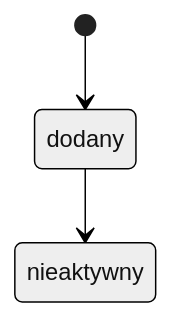
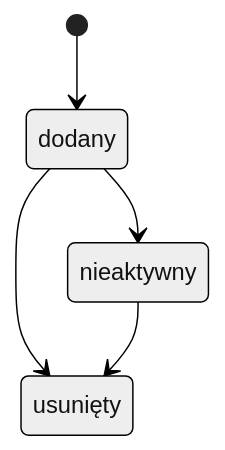
The fourth of 7 diagrams in requirements/02-domain/ENTITIES.md (SyBeer/fv-manager), drawn with Mermaid (neutral theme) before and after one commit. The commit also changed other lines of this file and 13 other files, not shown here.

````diff
--- a/requirements/02-domain/ENTITIES.md
+++ b/requirements/02-domain/ENTITIES.md
@@ -58,5 +58,7 @@
 ```mermaid
 stateDiagram-v2
   [*] --> dodany
   dodany --> nieaktywny
+  dodany --> usunięty
+  nieaktywny --> usunięty
 ```
````
